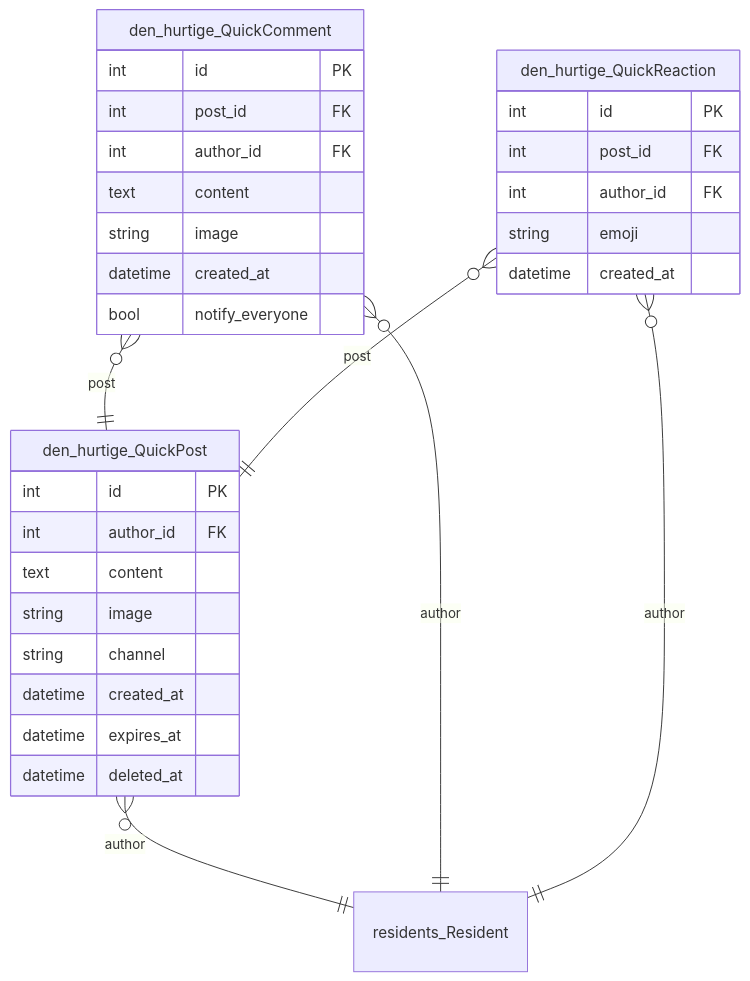
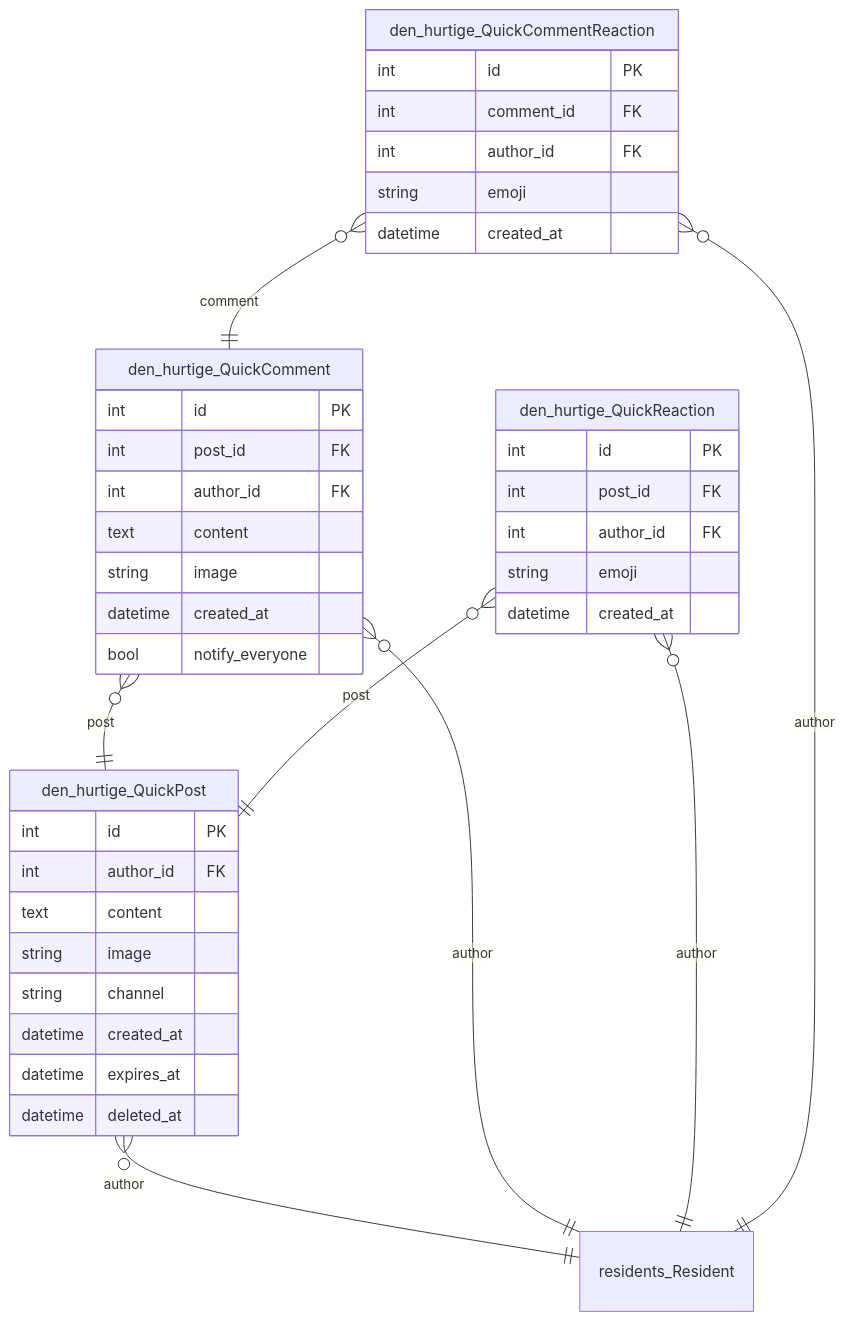
One commit to GAHK-org/gahk_intern changed the seventh of 18 diagrams in docs/erd.md. Above: the diagram before and after it, drawn with Mermaid. The commit also changed other lines of this file and 26 other files, not shown here.

First line of the commit message:
Den Hurtige: replies as chat bubbles, previewed on the feed, answered from it

````diff
--- a/docs/erd.md
+++ b/docs/erd.md
@@ -1268,39 +1278,49 @@
 ```mermaid
 erDiagram
     den_hurtige_QuickPost {
         int id PK
         int author_id FK
         text content
         string image
         string channel
         datetime created_at
         datetime expires_at
         datetime deleted_at
     }
 
     den_hurtige_QuickComment {
         int id PK
         int post_id FK
         int author_id FK
         text content
         string image
         datetime created_at
         bool notify_everyone
     }
 
     den_hurtige_QuickReaction {
         int id PK
         int post_id FK
         int author_id FK
         string emoji
         datetime created_at
     }
 
+    den_hurtige_QuickCommentReaction {
+        int id PK
+        int comment_id FK
+        int author_id FK
+        string emoji
+        datetime created_at
+    }
+
     residents_Resident { }
 
     den_hurtige_QuickPost }o--|| residents_Resident : "author"
     den_hurtige_QuickComment }o--|| den_hurtige_QuickPost : "post"
     den_hurtige_QuickComment }o--|| residents_Resident : "author"
     den_hurtige_QuickReaction }o--|| den_hurtige_QuickPost : "post"
     den_hurtige_QuickReaction }o--|| residents_Resident : "author"
+    den_hurtige_QuickCommentReaction }o--|| den_hurtige_QuickComment : "comment"
+    den_hurtige_QuickCommentReaction }o--|| residents_Resident : "author"
 ```
````
